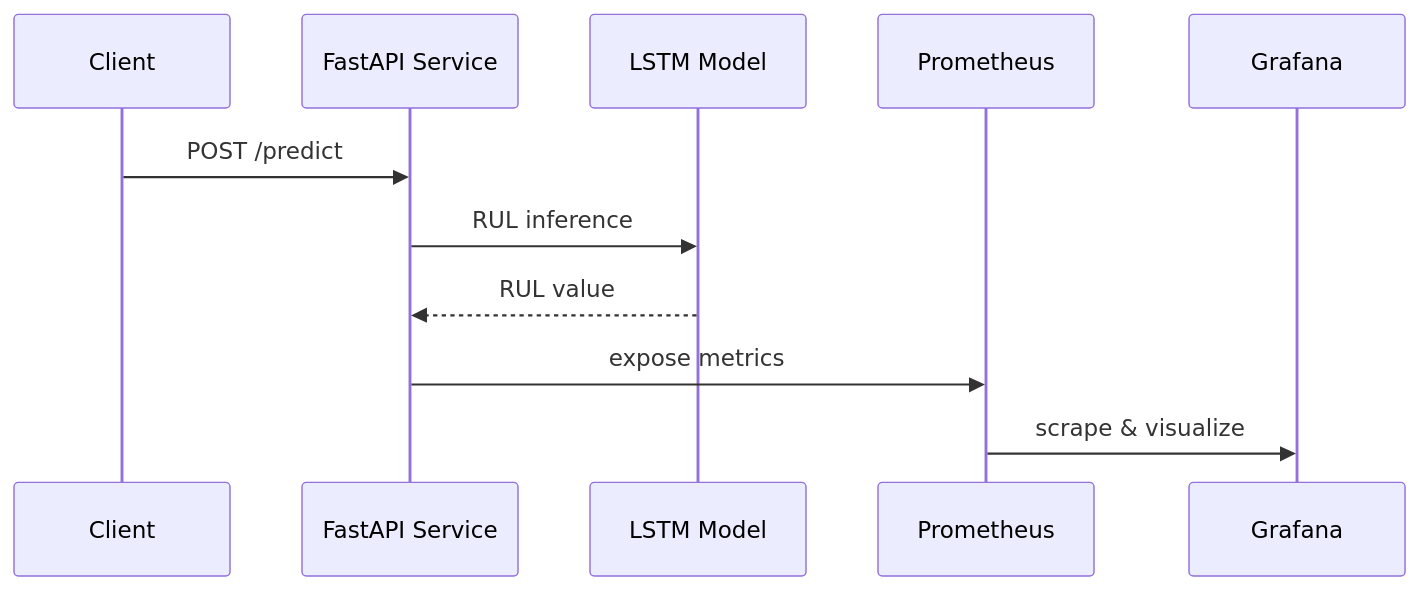
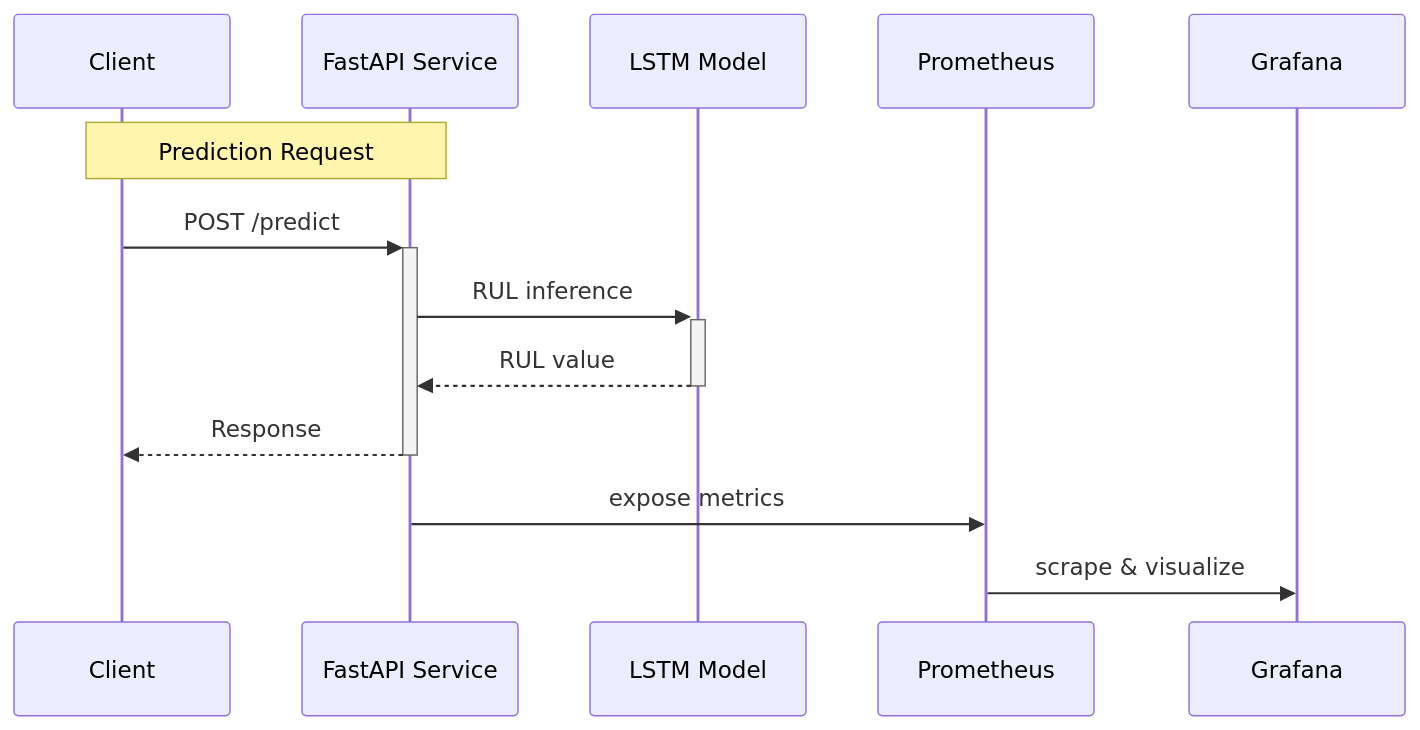
One commit to BalorLC3/Platform-for-Predictive-Maintanance changed the diagram in README.md. Above: the diagram before and after it, drawn with Mermaid.

Commit message:
Update sequence diagram in README.md

````diff
--- a/README.md
+++ b/README.md
@@ -32,14 +32,17 @@
 ```mermaid
 sequenceDiagram
     participant Client
     participant API as FastAPI Service
     participant Model as LSTM Model
     participant Prometheus
     participant Grafana
 
-    Client->>API: POST /predict
-    API->>Model: RUL inference
-    Model-->>API: RUL value
+    Note over Client,API: Prediction Request
+    Client->>+API: POST /predict
+    API->>+Model: RUL inference
+    Model-->>-API: RUL value
+    API-->>-Client: Response
+    
     API->>Prometheus: expose metrics
     Prometheus->>Grafana: scrape & visualize
 ```
````
